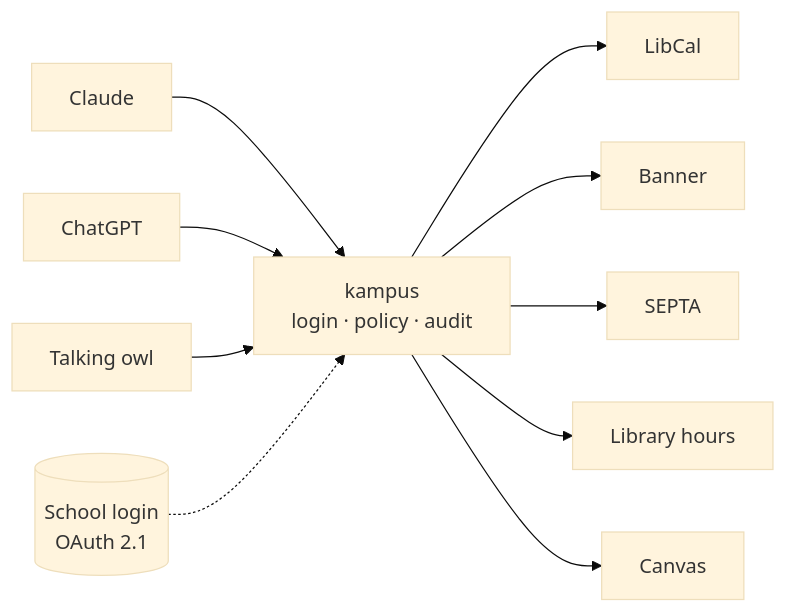
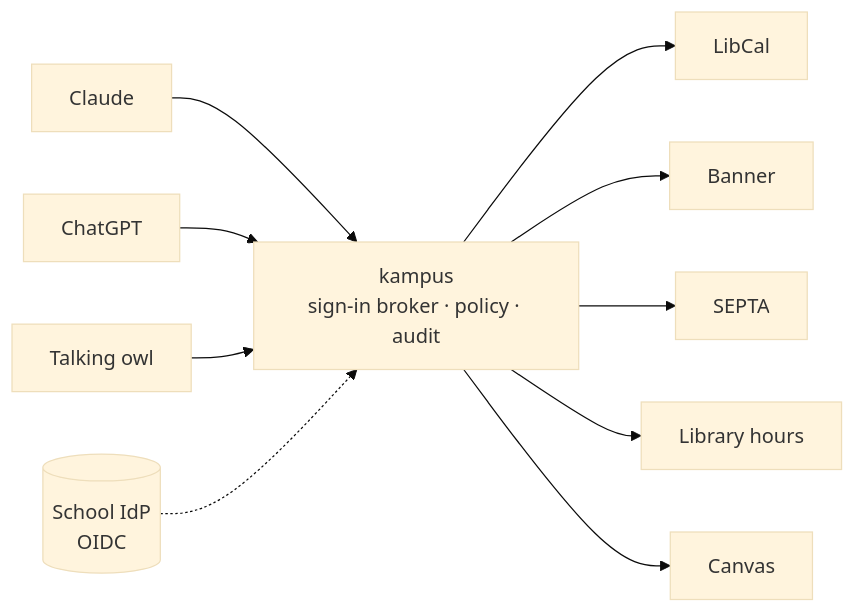
One commit to qonTesq/kampus changed the diagram in README.md. Above: the diagram before and after it, drawn with Mermaid (base theme). The commit also changed other lines of this file and 3 other files, not shown here.

````diff
--- a/README.md
+++ b/README.md
@@ -43,12 +45,12 @@
 ```mermaid
 flowchart LR
     A[Claude] --> M
     B[ChatGPT] --> M
     C[Talking owl] --> M
-    M["kampus<br/>login · policy · audit"] --> L[LibCal]
+    M["kampus<br/>sign-in broker · policy · audit"] --> L[LibCal]
     M --> R[Banner]
     M --> S[SEPTA]
     M --> H[Library hours]
     M --> V[Canvas]
-    K[(School login<br/>OAuth 2.1)] -.-> M
+    I[(School IdP<br/>OIDC)] -.-> M
 ```
````
